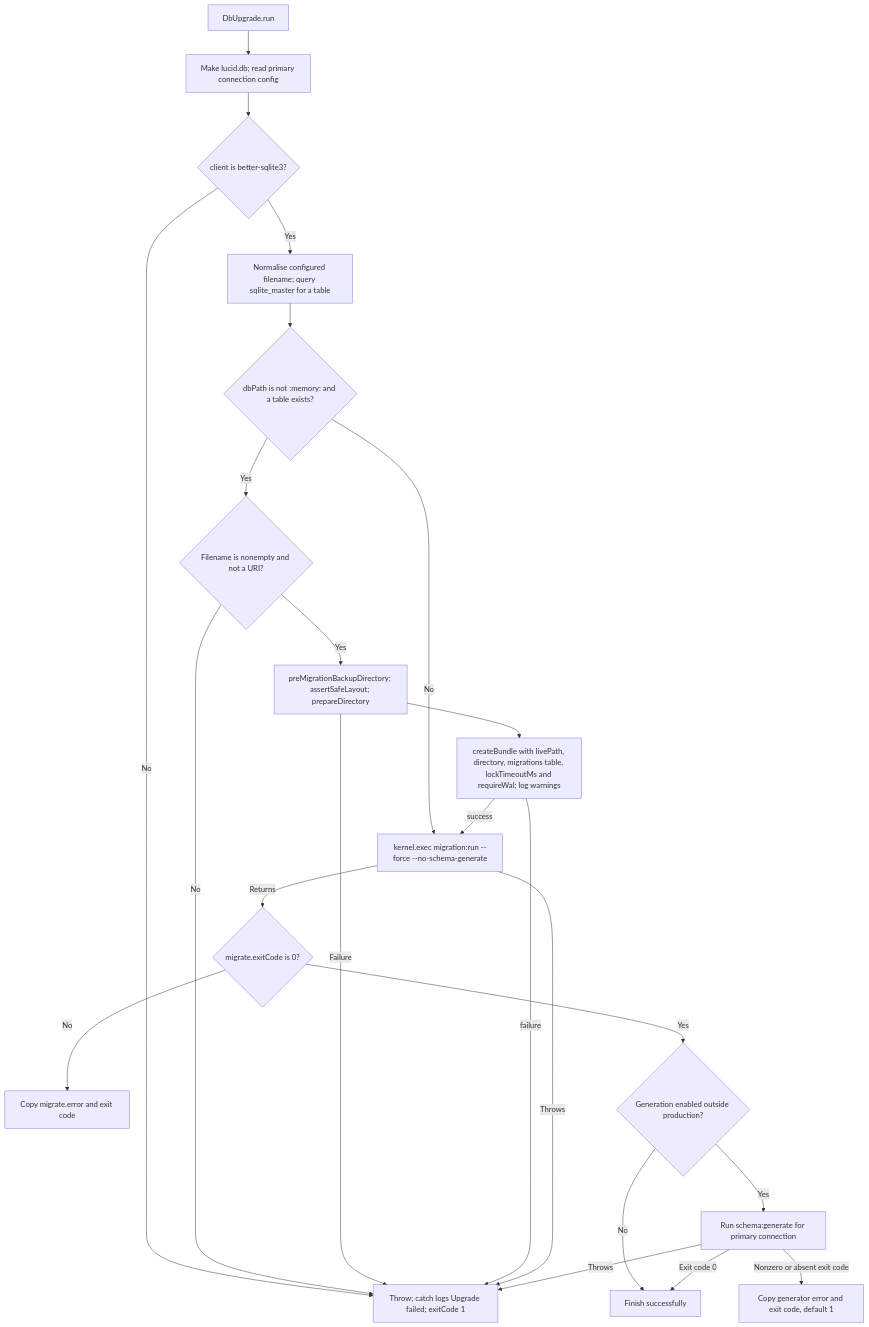
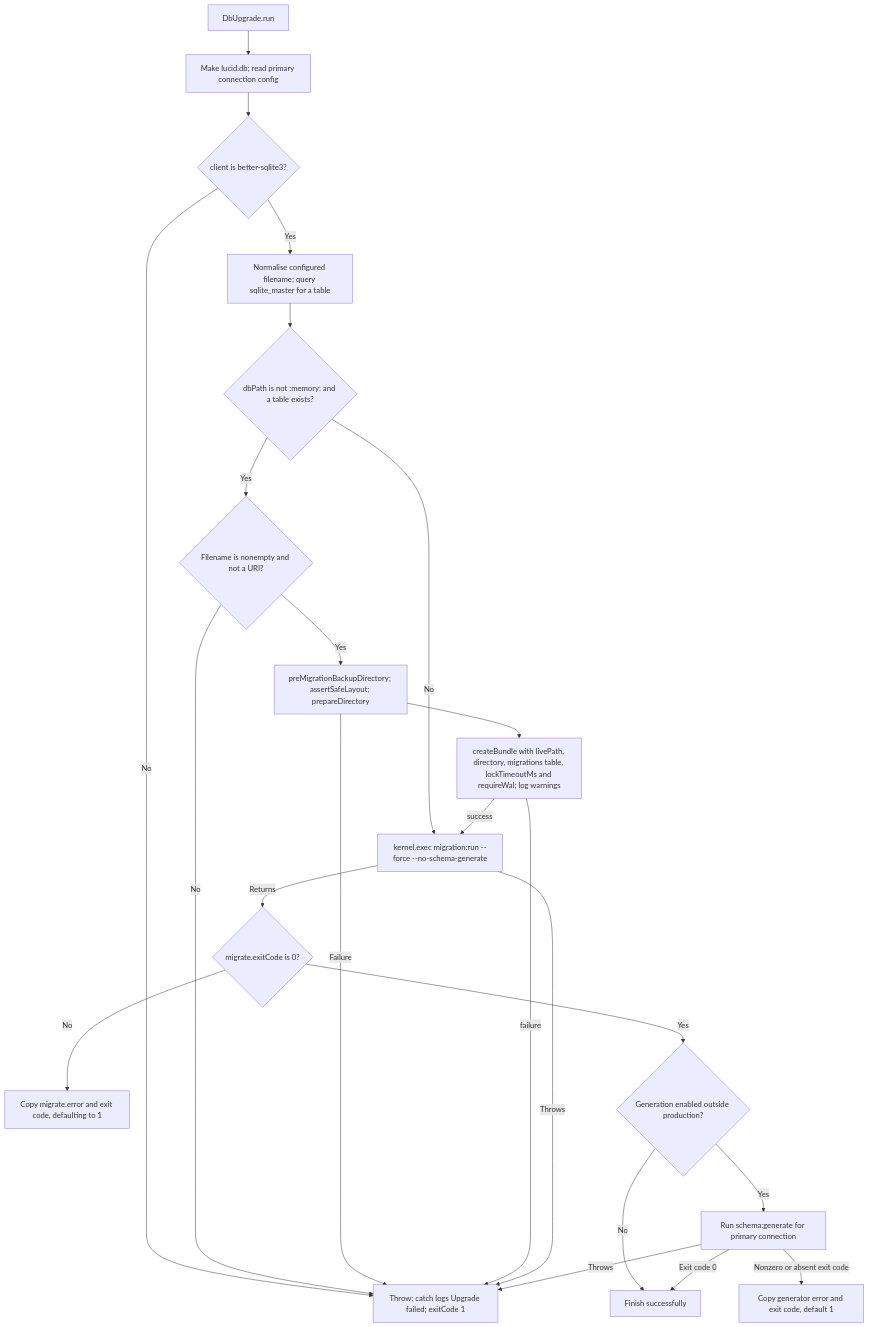
One commit to Kevinjohn/oss-adonisjs-sqlite-backup changed the second of 2 diagrams in user-stories/upgrade-database/us-op-06-upgrade-database.md. Above: the diagram before and after it, drawn with Mermaid. The commit also changed other lines of this file and 8 other files, not shown here.

````diff
--- a/user-stories/upgrade-database/us-op-06-upgrade-database.md
+++ b/user-stories/upgrade-database/us-op-06-upgrade-database.md
@@ -47,25 +47,25 @@
 ```mermaid
 flowchart TD
     A["DbUpgrade.run"] --> B["Make lucid.db; read primary connection config"]
     B --> C{"client is better-sqlite3?"}
     C -->|No| X["Throw; catch logs Upgrade failed; exitCode 1"]
     C -->|Yes| D["Normalise configured filename; query sqlite_master for a table"]
     D --> E{"dbPath is not :memory: and a table exists?"}
     E -->|No| H["kernel.exec migration:run --force --no-schema-generate"]
     E -->|Yes| F1{"Filename is nonempty and not a URI?"}
     F1 -->|No| X
     F1 -->|Yes| F["preMigrationBackupDirectory; assertSafeLayout; prepareDirectory"]
     F -->|Failure| X
     F --> G["createBundle with livePath, directory, migrations table, lockTimeoutMs and requireWal; log warnings"]
     G -->|failure| X
     G -->|success| H
     H -->|Throws| X
     H -->|Returns| I{"migrate.exitCode is 0?"}
-    I -->|No| J["Copy migrate.error and exit code"]
+    I -->|No| J["Copy migrate.error and exit code, defaulting to 1"]
     I -->|Yes| K{"Generation enabled outside production?"}
     K -->|No| L["Finish successfully"]
     K -->|Yes| M["Run schema:generate for primary connection"]
     M -->|Throws| X
     M -->|Nonzero or absent exit code| N["Copy generator error and exit code, default 1"]
     M -->|Exit code 0| L
 ```
````
